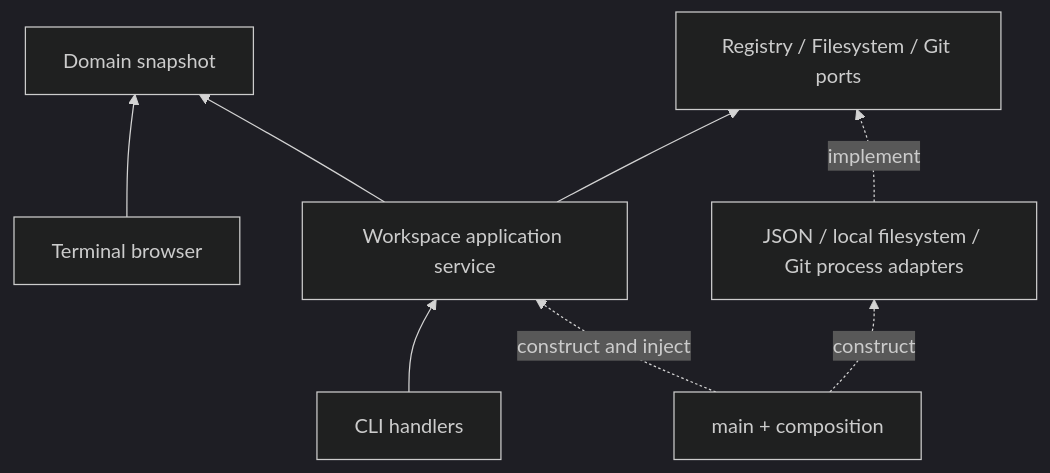
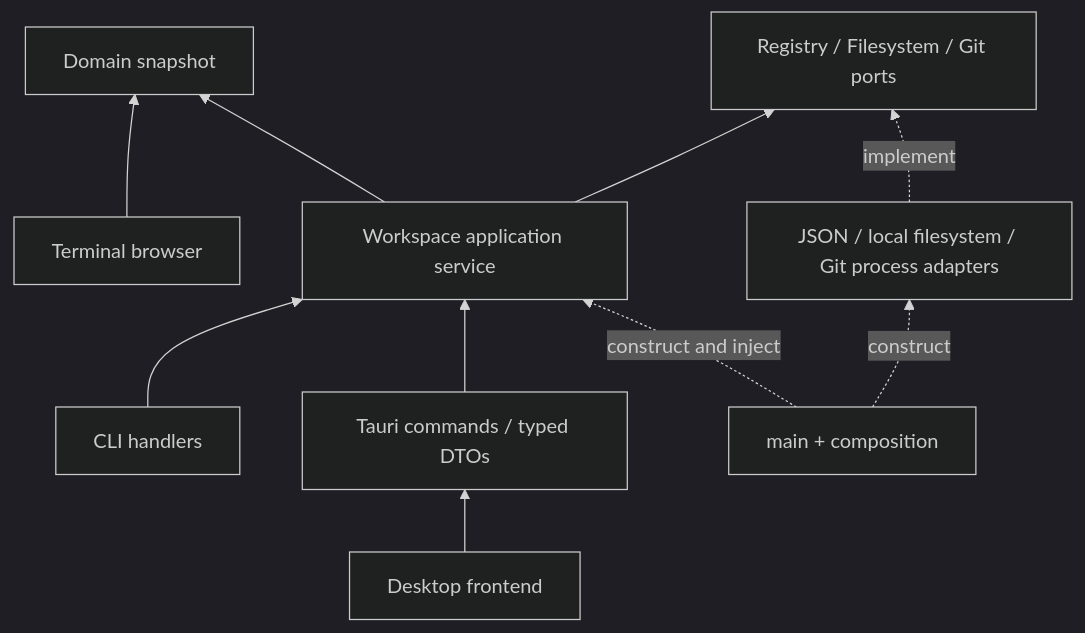
One commit to programmablemike/spacer changed the diagram in docs/explanation/architecture.md. Above: the diagram before and after it, drawn with Mermaid (dark theme). The commit also changed other lines of this file and 48 other files, not shown here.

Commit message:
Add Tauri desktop workspace and worktree manager (#16)

````diff
--- a/docs/explanation/architecture.md
+++ b/docs/explanation/architecture.md
@@ -10,10 +10,12 @@
 ```mermaid
 flowchart BT
     CLI[CLI handlers] --> Service[Workspace application service]
+    Desktop[Tauri commands / typed DTOs] --> Service
+    Webview[Desktop frontend] --> Desktop
     TUI[Terminal browser] --> Snapshot[Domain snapshot]
     Service --> Snapshot
     Service --> Ports[Registry / Filesystem / Git ports]
     Data[JSON / local filesystem / Git process adapters] -. implement .-> Ports
     Main[main + composition] -. construct and inject .-> Service
     Main -. construct .-> Data
 ```
````
